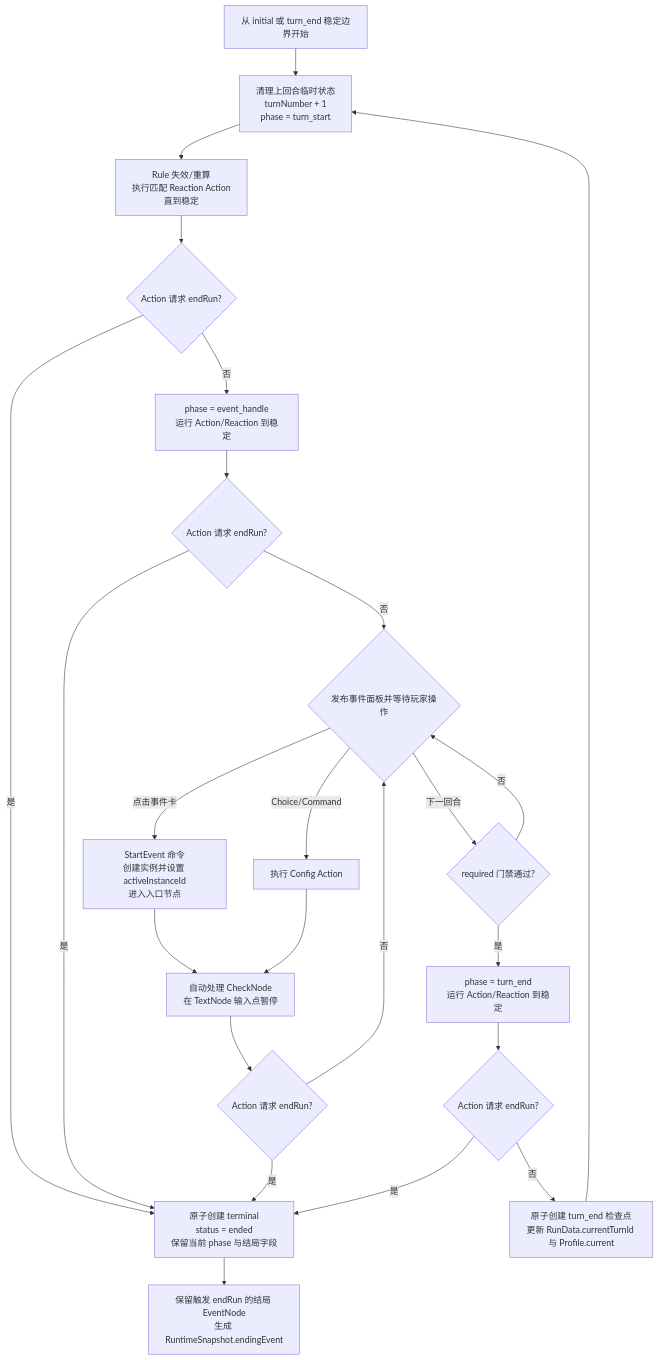
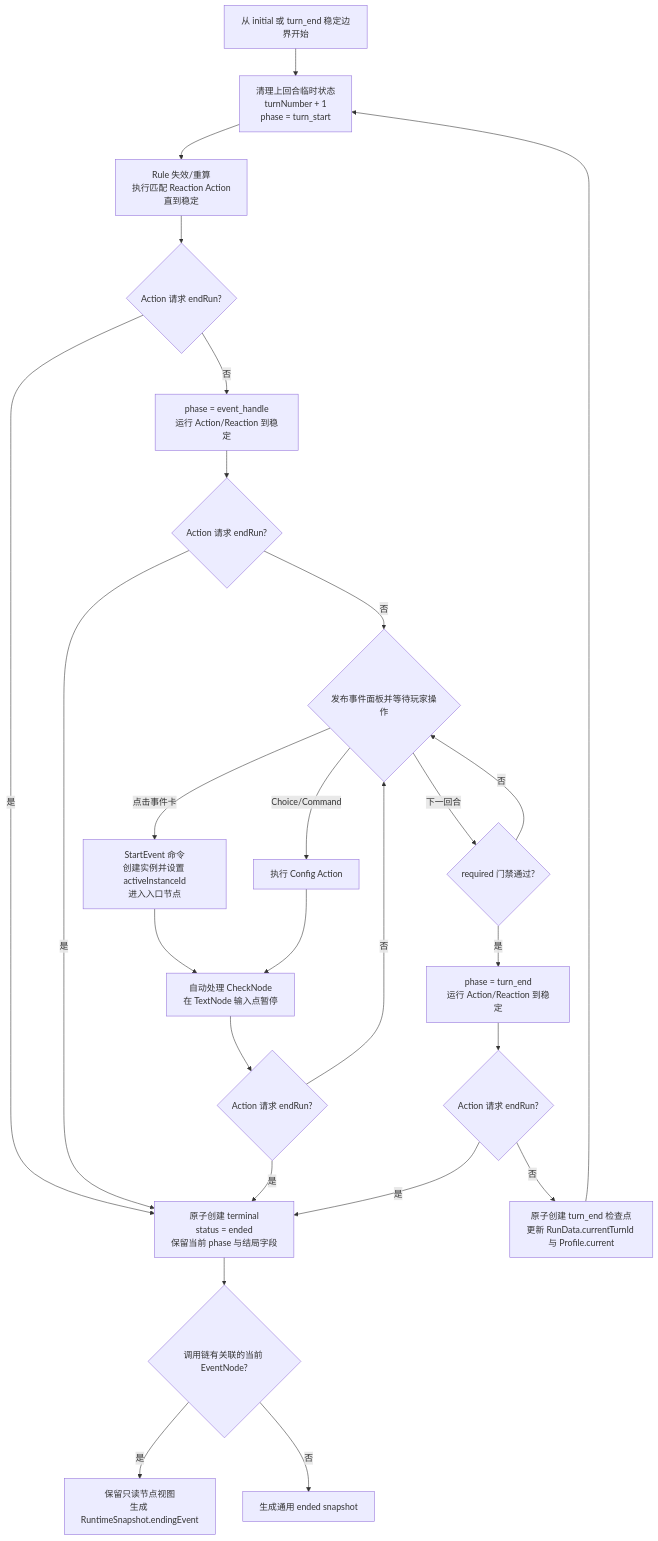
Before and after one commit to IanYet/maker-simulator: the diagram in docs/game-design/gameplay-runtime-flow.md, drawn with Mermaid. The commit also changed other lines of this file and 10 other files, not shown here.

````diff
--- a/docs/game-design/gameplay-runtime-flow.md
+++ b/docs/game-design/gameplay-runtime-flow.md
@@ -203,26 +263,28 @@
 ```mermaid
 flowchart TD
     A[从 initial 或 turn_end 稳定边界开始] --> B[清理上回合临时状态<br/>turnNumber + 1<br/>phase = turn_start]
     B --> C[Rule 失效/重算<br/>执行匹配 Reaction Action<br/>直到稳定]
     C --> D{Action 请求 endRun?}
     D -- 是 --> Z[原子创建 terminal<br/>status = ended<br/>保留当前 phase 与结局字段]
     D -- 否 --> E[phase = event_handle<br/>运行 Action/Reaction 到稳定]
     E --> E2{Action 请求 endRun?}
     E2 -- 是 --> Z
     E2 -- 否 --> F{发布事件面板并等待玩家操作}
     F -- 点击事件卡 --> G[StartEvent 命令<br/>创建实例并设置 activeInstanceId<br/>进入入口节点]
     F -- Choice/Command --> H[执行 Config Action]
     F -- 下一回合 --> I{required 门禁通过?}
     I -- 否 --> F
     I -- 是 --> J[phase = turn_end<br/>运行 Action/Reaction 到稳定]
     G --> K[自动处理 CheckNode<br/>在 TextNode 输入点暂停]
     H --> K
     K --> L{Action 请求 endRun?}
     L -- 是 --> Z
     L -- 否 --> F
     J --> M{Action 请求 endRun?}
     M -- 是 --> Z
     M -- 否 --> N[原子创建 turn_end 检查点<br/>更新 RunData.currentTurnId 与 Profile.current]
     N --> B
-    Z --> O[保留触发 endRun 的结局 EventNode<br/>生成 RuntimeSnapshot.endingEvent]
+    Z --> O{调用链有关联的当前 EventNode?}
+    O -- 是 --> P[保留只读节点视图<br/>生成 RuntimeSnapshot.endingEvent]
+    O -- 否 --> Q[生成通用 ended snapshot]
 ```
````
